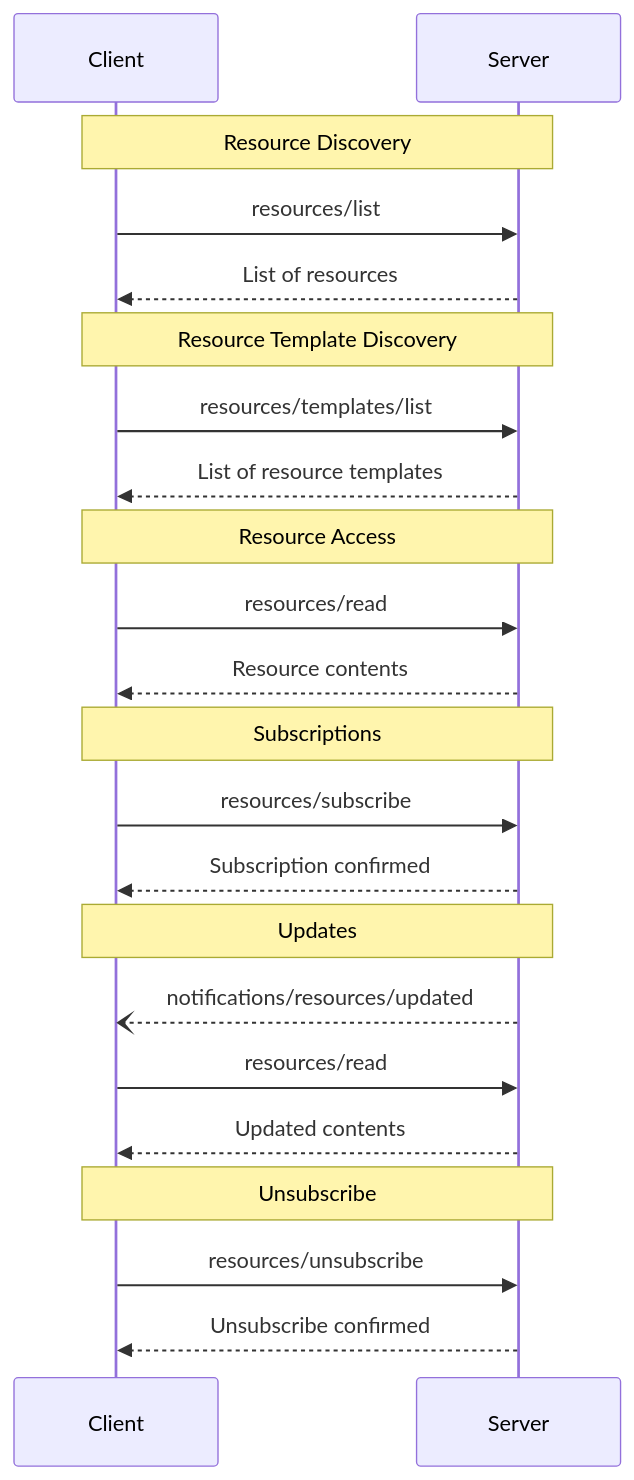
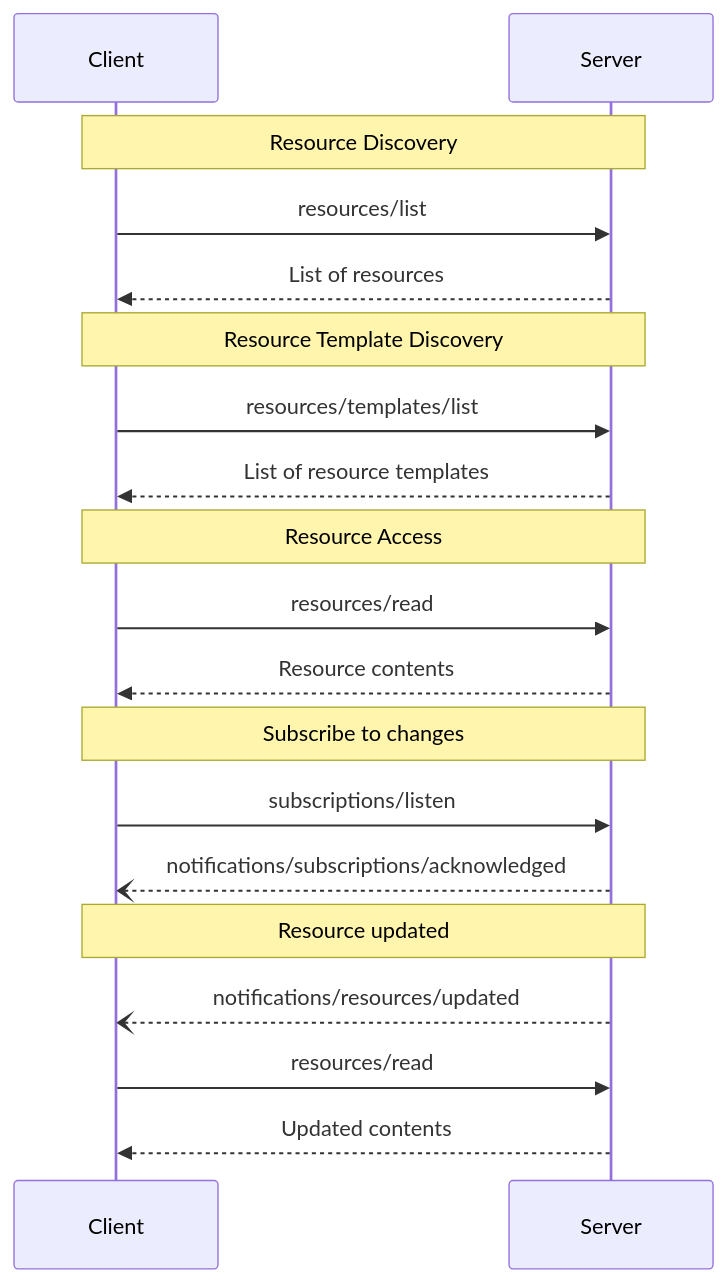
The diagram in docs/specification/draft/server/resources.mdx (modelcontextprotocol/modelcontextprotocol), drawn with Mermaid before and after one commit. The commit also changed other lines of this file, not shown here.

Commit message:
docs: replace resource subscribe with subscriptions/listen (SEP-2575)

````diff
--- a/docs/specification/draft/server/resources.mdx
+++ b/docs/specification/draft/server/resources.mdx
@@ -291,30 +280,26 @@
 ```mermaid
 sequenceDiagram
     participant Client
     participant Server
 
     Note over Client,Server: Resource Discovery
     Client->>Server: resources/list
     Server-->>Client: List of resources
 
     Note over Client,Server: Resource Template Discovery
     Client->>Server: resources/templates/list
     Server-->>Client: List of resource templates
 
     Note over Client,Server: Resource Access
     Client->>Server: resources/read
     Server-->>Client: Resource contents
 
-    Note over Client,Server: Subscriptions
-    Client->>Server: resources/subscribe
-    Server-->>Client: Subscription confirmed
+    Note over Client,Server: Subscribe to changes
+    Client->>Server: subscriptions/listen
+    Server--)Client: notifications/subscriptions/acknowledged
 
-    Note over Client,Server: Updates
+    Note over Client,Server: Resource updated
     Server--)Client: notifications/resources/updated
     Client->>Server: resources/read
     Server-->>Client: Updated contents
-
-    Note over Client,Server: Unsubscribe
-    Client->>Server: resources/unsubscribe
-    Server-->>Client: Unsubscribe confirmed
 ```
````
